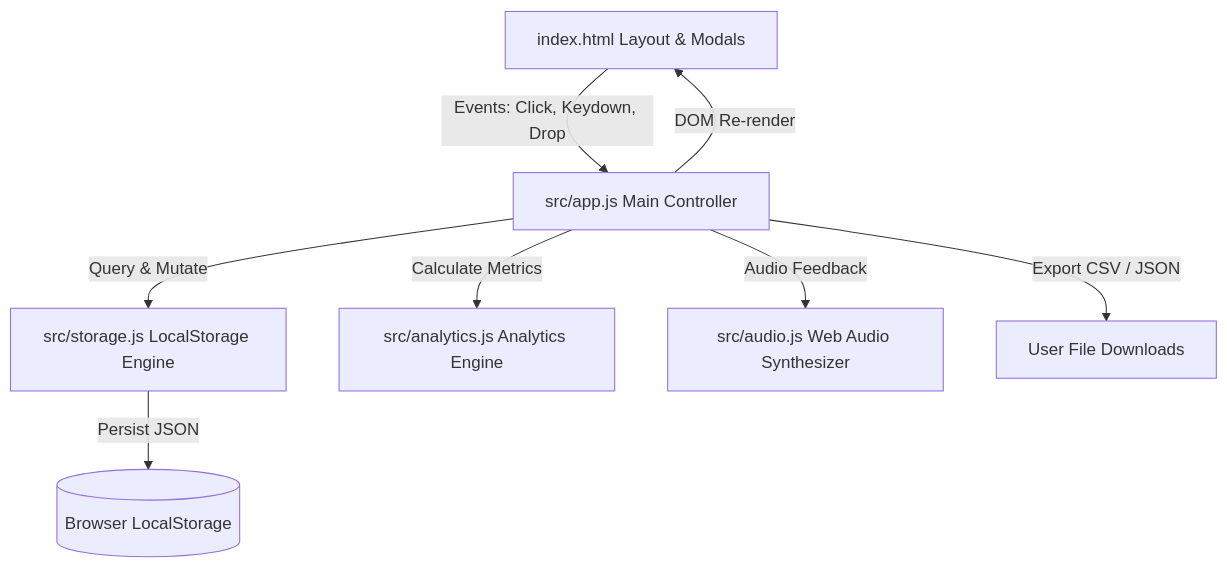
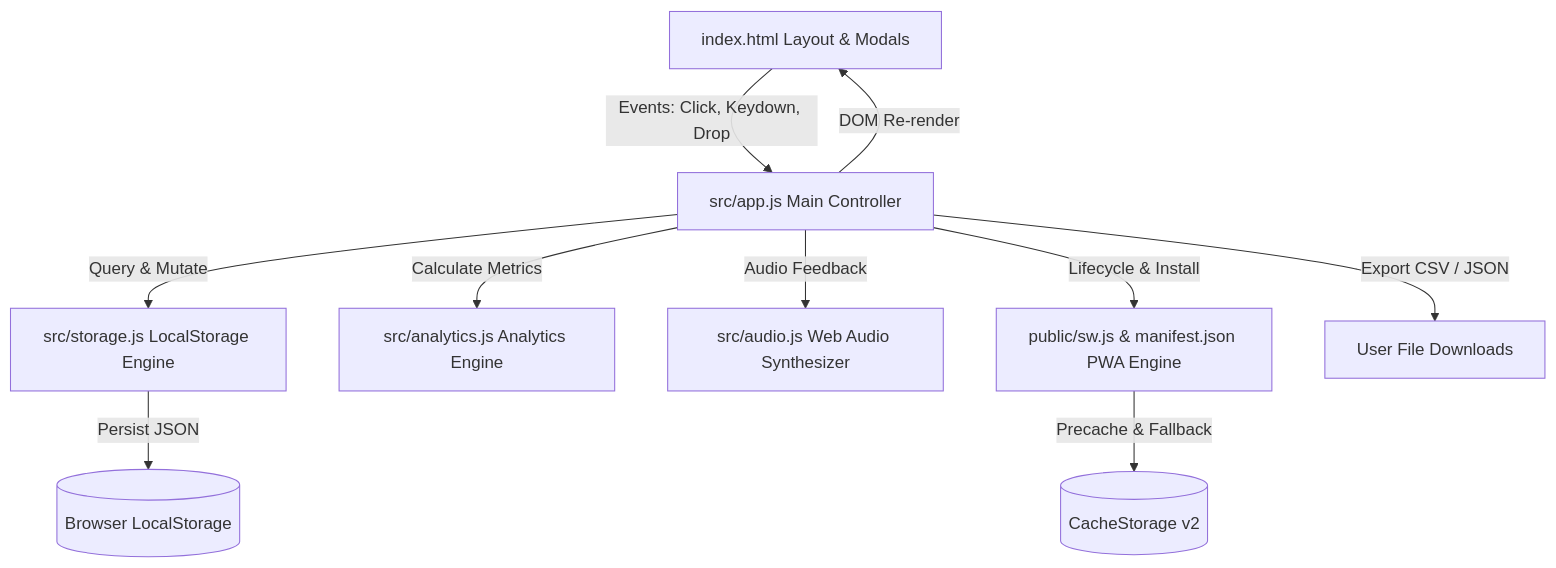
One commit to krishnakanthb13/habit-tracker-2 changed the first of 3 diagrams in CODE_DOCUMENTATION.md. Above: the diagram before and after it, drawn with Mermaid. The commit also changed other lines of this file and 14 other files, not shown here.

````diff
--- a/CODE_DOCUMENTATION.md
+++ b/CODE_DOCUMENTATION.md
@@ -43,10 +50,12 @@
 ```mermaid
 graph TD
     A[index.html Layout & Modals] -->|Events: Click, Keydown, Drop| B[src/app.js Main Controller]
     B -->|Query & Mutate| C[src/storage.js LocalStorage Engine]
     B -->|Calculate Metrics| D[src/analytics.js Analytics Engine]
     B -->|Audio Feedback| E[src/audio.js Web Audio Synthesizer]
+    B -->|Lifecycle & Install| H[public/sw.js & manifest.json PWA Engine]
     B -->|DOM Re-render| A
     C -->|Persist JSON| F[(Browser LocalStorage)]
     B -->|Export CSV / JSON| G[User File Downloads]
+    H -->|Precache & Fallback| I[(CacheStorage v2)]
 ```
````
